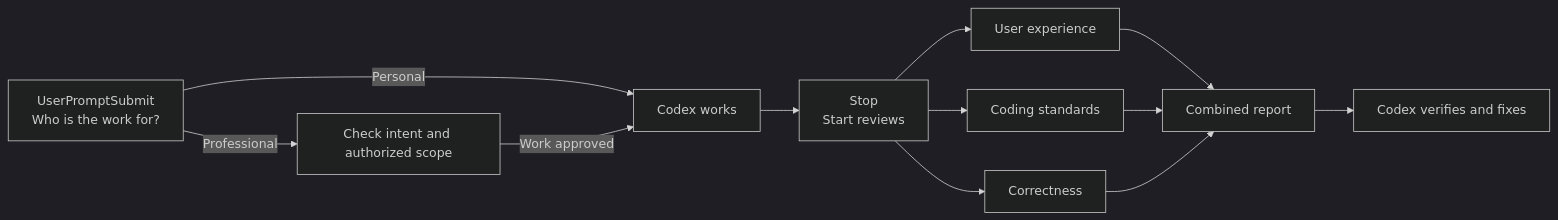
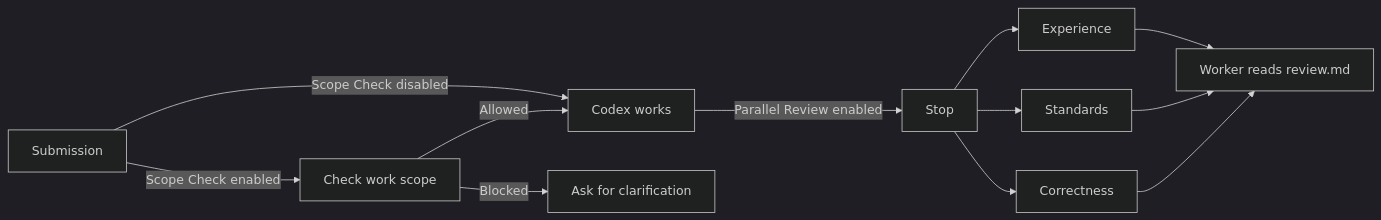
Before and after one commit to ArthurZakirov/codex-work-hooks: the diagram in README.md, drawn with Mermaid (dark theme). The commit also changed other lines of this file and 46 other files, not shown here.

Commit message:
Install scope approval and parallel review as independent Codex plugins

````diff
--- a/README.md
+++ b/README.md
@@ -9,14 +38,12 @@
 ```mermaid
 flowchart LR
-    A["UserPromptSubmit<br/>Who is the work for?"] -->|Personal| B
-    A -->|Professional| G["Check intent and authorized scope"]
-    G -->|Work approved| B["Codex works"]
-    B --> C["Stop<br/>Start reviews"]
-    C --> U["User experience"]
-    C --> S["Coding standards"]
-    C --> K["Correctness"]
-    U --> R["Combined report"]
-    S --> R
-    K --> R
-    R --> F["Codex verifies and fixes"]
+    A[Submission] -->|Scope Check enabled| G[Check work scope]
+    A -->|Scope Check disabled| W[Codex works]
+    G -->|Allowed| W
+    G -->|Blocked| H[Ask for clarification]
+    W -->|Parallel Review enabled| R[Stop]
+    R --> U[Experience]
+    R --> S[Standards]
+    R --> C[Correctness]
+    U & S & C --> F[Worker reads review.md]
 ```
````
